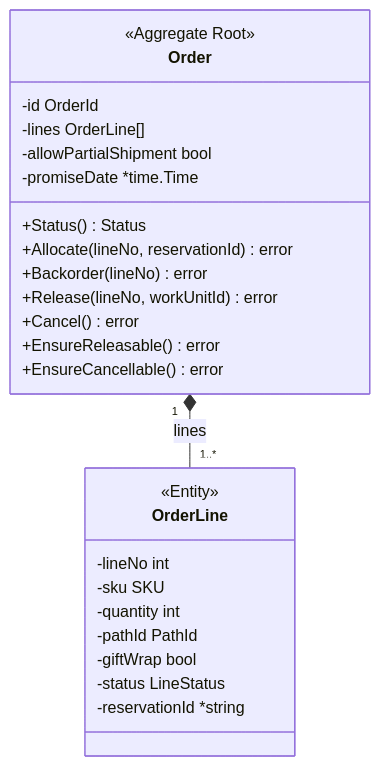
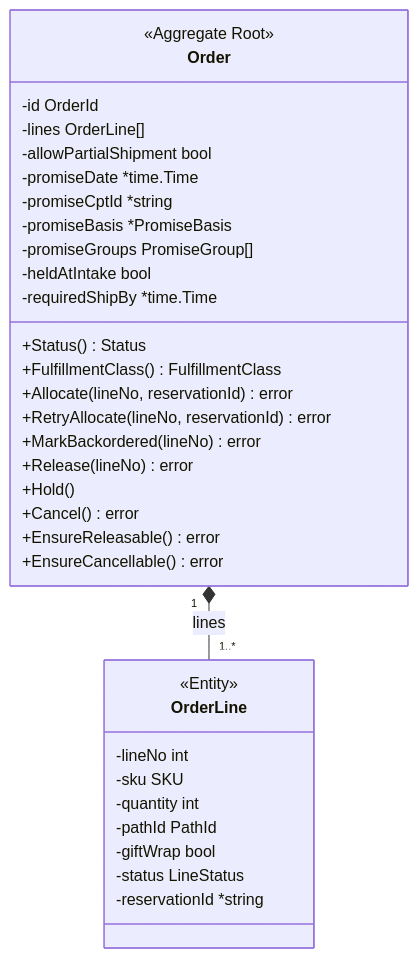
One commit to claudioed/order-management changed the first of 2 diagrams in docs/docs/ddd/aggregates-and-invariants.md. Above: the diagram before and after it, drawn with Mermaid. The commit also changed other lines of this file and 40 other files, not shown here.

````diff
--- a/docs/docs/ddd/aggregates-and-invariants.md
+++ b/docs/docs/ddd/aggregates-and-invariants.md
@@ -13,28 +13,36 @@
 ```mermaid
 classDiagram
   class Order {
     <<Aggregate Root>>
     -id OrderId
     -lines OrderLine[]
     -allowPartialShipment bool
     -promiseDate *time.Time
+    -promiseCptId *string
+    -promiseBasis *PromiseBasis
+    -promiseGroups PromiseGroup[]
+    -heldAtIntake bool
+    -requiredShipBy *time.Time
     +Status() Status
+    +FulfillmentClass() FulfillmentClass
     +Allocate(lineNo, reservationId) error
-    +Backorder(lineNo) error
-    +Release(lineNo, workUnitId) error
+    +RetryAllocate(lineNo, reservationId) error
+    +MarkBackordered(lineNo) error
+    +Release(lineNo) error
+    +Hold()
     +Cancel() error
     +EnsureReleasable() error
     +EnsureCancellable() error
   }
   class OrderLine {
     <<Entity>>
     -lineNo int
     -sku SKU
     -quantity int
     -pathId PathId
     -giftWrap bool
     -status LineStatus
     -reservationId *string
   }
   Order "1" *-- "1..*" OrderLine : lines
 ```
````
